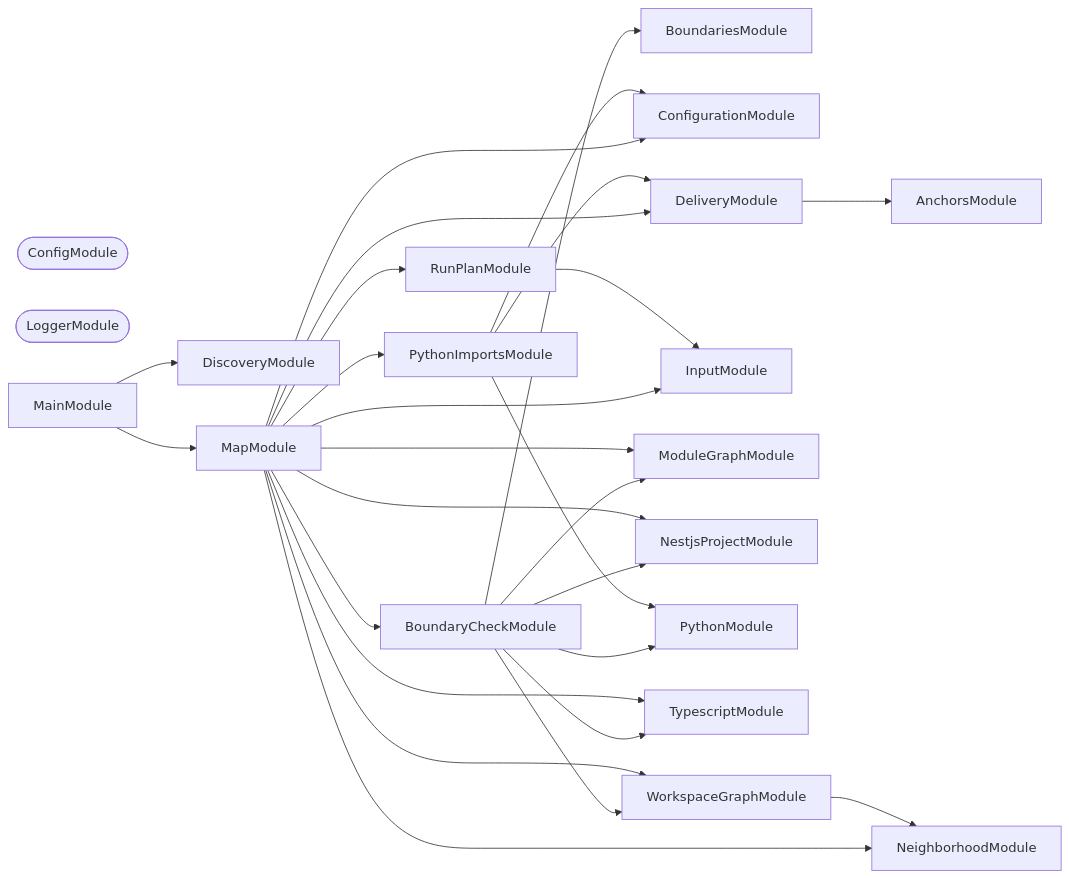
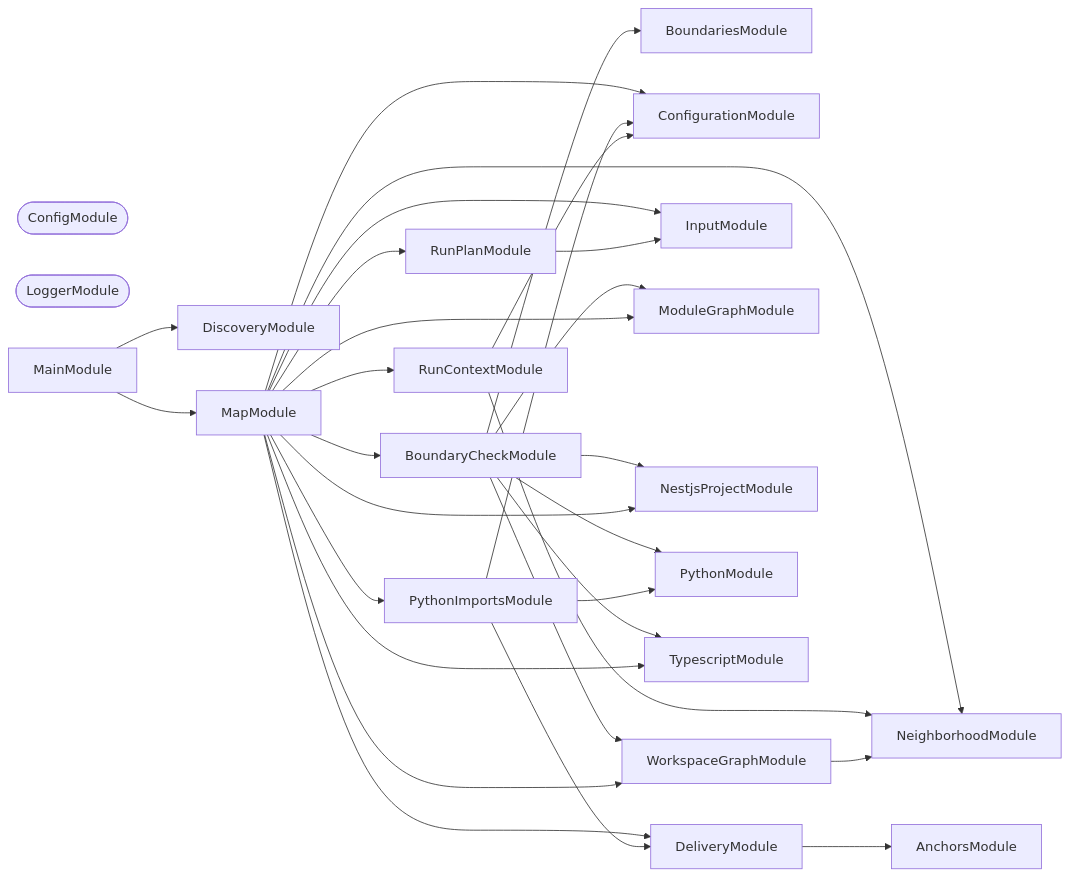
One commit to JimmyPaolini/codebase changed the second of 3 diagrams in packages/codependix-cli/README.md. Above: the diagram before and after it, drawn with Mermaid. The commit also changed other lines of this file and 9 other files, not shown here.

````diff
--- a/packages/codependix-cli/README.md
+++ b/packages/codependix-cli/README.md
@@ -168,47 +168,51 @@
 ```mermaid
 flowchart LR
   AnchorsModule
   BoundariesModule
   BoundaryCheckModule
   ConfigModule([ConfigModule])
   ConfigurationModule
   DeliveryModule
   DiscoveryModule
   InputModule
   LoggerModule([LoggerModule])
   MainModule
   MapModule
   ModuleGraphModule
   NeighborhoodModule
   NestjsProjectModule
   PythonImportsModule
   PythonModule
+  RunContextModule
   RunPlanModule
   TypescriptModule
   WorkspaceGraphModule
   BoundaryCheckModule --> BoundariesModule
   BoundaryCheckModule --> ModuleGraphModule
   BoundaryCheckModule --> NestjsProjectModule
   BoundaryCheckModule --> PythonModule
   BoundaryCheckModule --> TypescriptModule
   BoundaryCheckModule --> WorkspaceGraphModule
   DeliveryModule --> AnchorsModule
   MainModule --> DiscoveryModule
   MainModule --> MapModule
   MapModule --> BoundaryCheckModule
   MapModule --> ConfigurationModule
   MapModule --> DeliveryModule
   MapModule --> InputModule
   MapModule --> ModuleGraphModule
   MapModule --> NeighborhoodModule
   MapModule --> NestjsProjectModule
   MapModule --> PythonImportsModule
+  MapModule --> RunContextModule
   MapModule --> RunPlanModule
   MapModule --> TypescriptModule
   MapModule --> WorkspaceGraphModule
   PythonImportsModule --> ConfigurationModule
   PythonImportsModule --> DeliveryModule
   PythonImportsModule --> PythonModule
+  RunContextModule --> ConfigurationModule
+  RunContextModule --> NeighborhoodModule
   RunPlanModule --> InputModule
   WorkspaceGraphModule --> NeighborhoodModule
 ```
````
